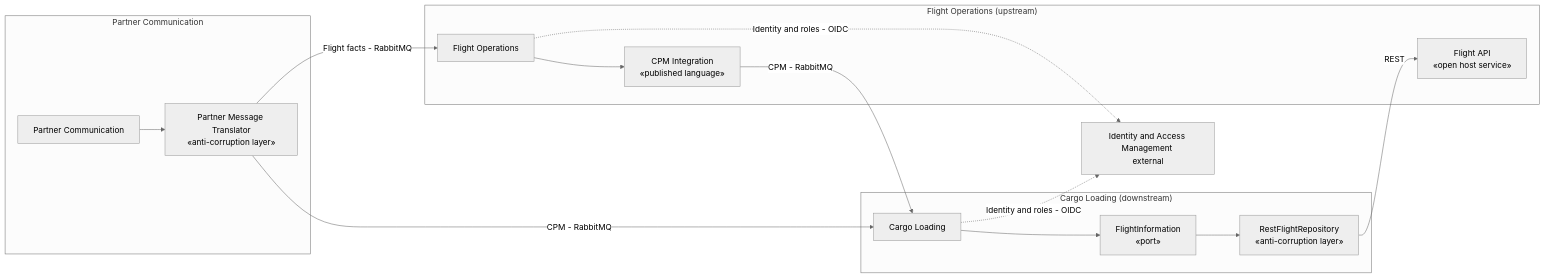
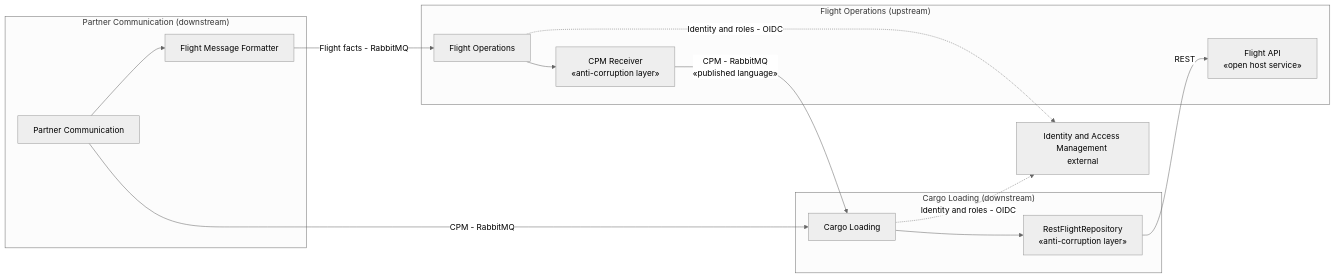
The second of 9 diagrams in architecture/analyse.md (ebhd/air-freight-operations), drawn with Mermaid (neutral theme) before and after one commit. The commit also changed other lines of this file and 1 other file, not shown here.

````diff
--- a/architecture/analyse.md
+++ b/architecture/analyse.md
@@ -58,38 +57,36 @@
 ```mermaid
 flowchart LR
 
     subgraph CL_CTX["Cargo Loading (downstream)"]
         CL["Cargo Loading"]
-        FlightPort["FlightInformation<br/>«port»"]
         FlightACL["RestFlightRepository<br/>«anti-corruption layer»"]
 
-        CL --> FlightPort
-        FlightPort --> FlightACL
+        CL --> FlightACL
     end
 
     subgraph FO_CTX["Flight Operations (upstream)"]
         FlightAPI["Flight API<br/>«open host service»"]
         FO["Flight Operations"]
-        CPMOut["CPM Integration<br/>«published language»"]
+        CPMReceiver["CPM Receiver<br/>«anti-corruption layer»"]
 
-        FO --> CPMOut
+        FO --> CPMReceiver
     end
 
-    subgraph PC_CTX["Partner Communication"]
+    subgraph PC_CTX["Partner Communication (downstream)"]
         PC["Partner Communication"]
-        PartnerACL["Partner Message Translator<br/>«anti-corruption layer»"]
+        FlightFormatter["Flight Message Formatter"]
 
-        PC --> PartnerACL
+        PC --> FlightFormatter
     end
 
     IAM["Identity and Access Management <br/>external"]
 
     FlightACL -->|"REST"| FlightAPI
 
-    CPMOut -->|"CPM - RabbitMQ"| CL
+    CPMReceiver -->|"CPM - RabbitMQ<br/>«published language»"| CL
 
-    PartnerACL -->|"Flight facts - RabbitMQ"| FO
-    PartnerACL -->|"CPM - RabbitMQ"| CL
+    FlightFormatter -->|"Flight facts - RabbitMQ"| FO
+    PC -->|"CPM - RabbitMQ"| CL
     FO -.->|"Identity and roles - OIDC"| IAM
     CL -.->|"Identity and roles - OIDC"| IAM
 ```
````
